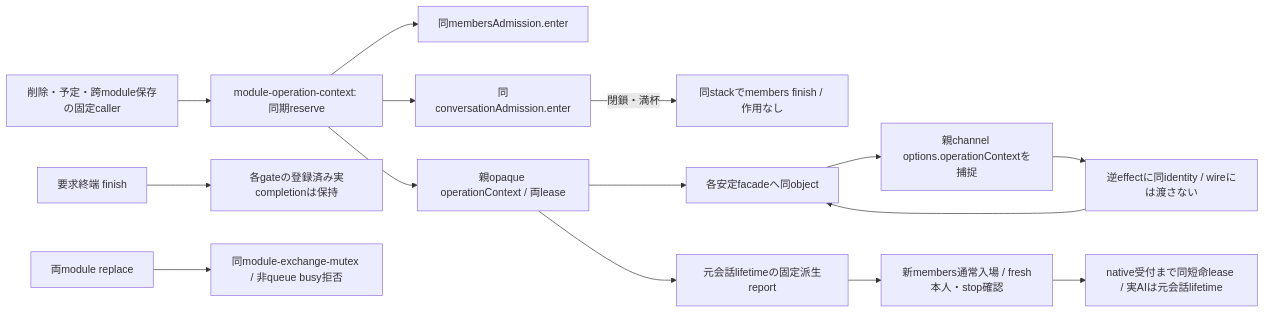
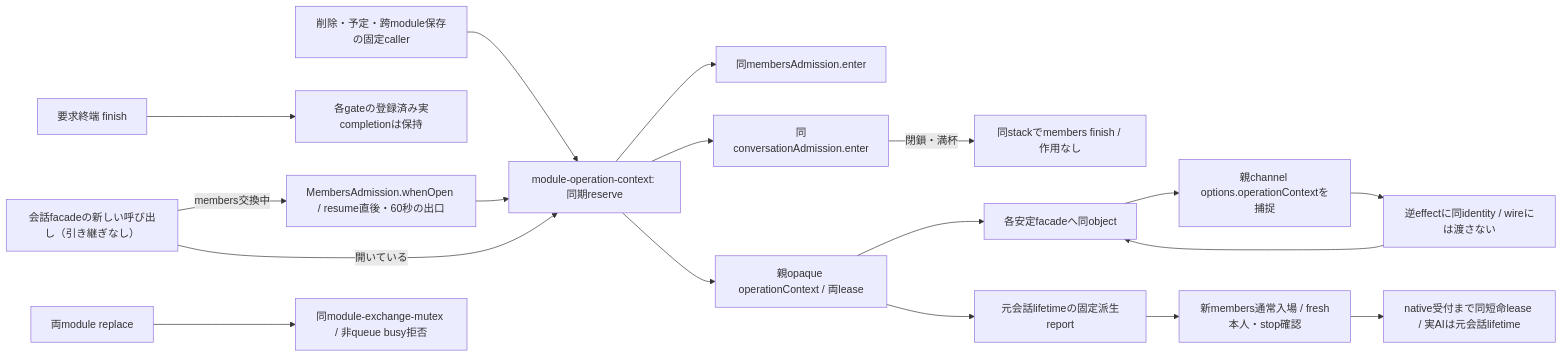
One commit to kitepon/BellTeam changed diagram 23 of 44 in docs/architecture/modules/integration/README.md. Above: the diagram before and after it, drawn with Mermaid. The commit also changed other lines of this file and 5 other files, not shown here.

First line of the commit message:
A fresh conversation facade call waits out a members exchange (a127)

````diff
--- a/docs/architecture/modules/integration/README.md
+++ b/docs/architecture/modules/integration/README.md
@@ -525,17 +525,19 @@
 ```mermaid
 flowchart LR
   Caller[削除・予定・跨module保存の固定caller] --> Reserve[module-operation-context: 同期reserve]
+  FreshFacade[会話facadeの新しい呼び出し（引き継ぎなし）] -->|members交換中| WhenOpen[MembersAdmission.whenOpen / resume直後・60秒の出口] --> Reserve
+  FreshFacade -->|開いている| Reserve
   Reserve --> Members[同membersAdmission.enter]
   Reserve --> Conversation[同conversationAdmission.enter]
   Conversation -->|閉鎖・満杯| Release[同stackでmembers finish / 作用なし]
   Reserve --> Context[親opaque operationContext / 両lease]
   Context --> Facade[各安定facadeへ同object]
   Facade --> Channel[親channel options.operationContextを捕捉]
   Channel --> Effect[逆effectに同identity / wireには渡さない]
   Effect --> Facade
   Done[要求終端 finish] --> Completion[各gateの登録済み実completionは保持]
   Context --> Report[元会話lifetimeの固定派生report]
   Report --> Fresh[新members通常入場 / fresh本人・stop確認]
   Fresh --> Accepted[native受付まで同短命lease / 実AIは元会話lifetime]
   Replace[両module replace] --> Mutex[同module-exchange-mutex / 非queue busy拒否]
 ```
````
